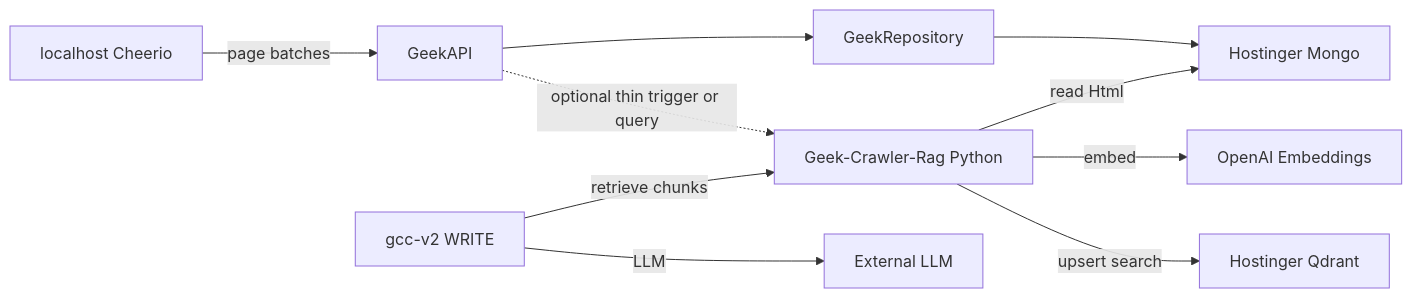
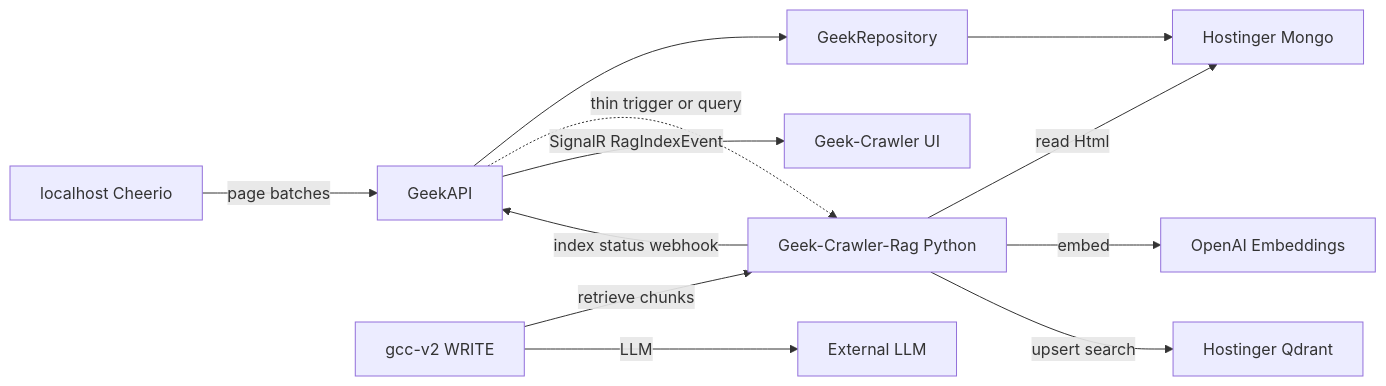
One commit to jmartinemployment/Geek-Crawler-Rag changed the diagram in plans/geek-crawler-rag.md. Above: the diagram before and after it, drawn with Mermaid. The commit also changed other lines of this file and 4 other files, not shown here.

````diff
--- a/plans/geek-crawler-rag.md
+++ b/plans/geek-crawler-rag.md
@@ -47,18 +47,21 @@
 ```mermaid
 flowchart LR
   cheerio[localhost Cheerio]
   api[GeekAPI]
   repo[GeekRepository]
   mongo[Hostinger Mongo]
   py[Geek-Crawler-Rag Python]
   qdrant[Hostinger Qdrant]
   write[gcc-v2 WRITE]
+  ui[Geek-Crawler UI]
 
   cheerio -->|page batches| api --> repo --> mongo
-  api -.->|optional thin trigger or query| py
+  api -.->|thin trigger or query| py
   py -->|read Html| mongo
   py -->|embed| openai[OpenAI Embeddings]
   py -->|upsert search| qdrant
+  py -->|index status webhook| api
+  api -->|SignalR RagIndexEvent| ui
   write -->|retrieve chunks| py
   write -->|LLM| llm[External LLM]
 ```
````
